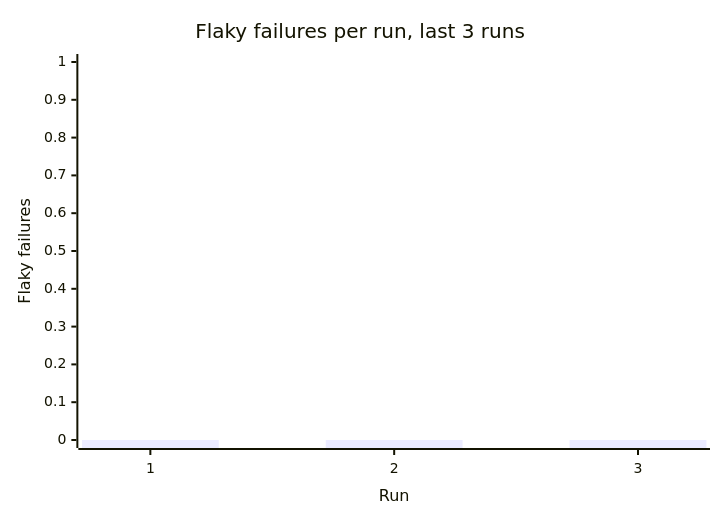
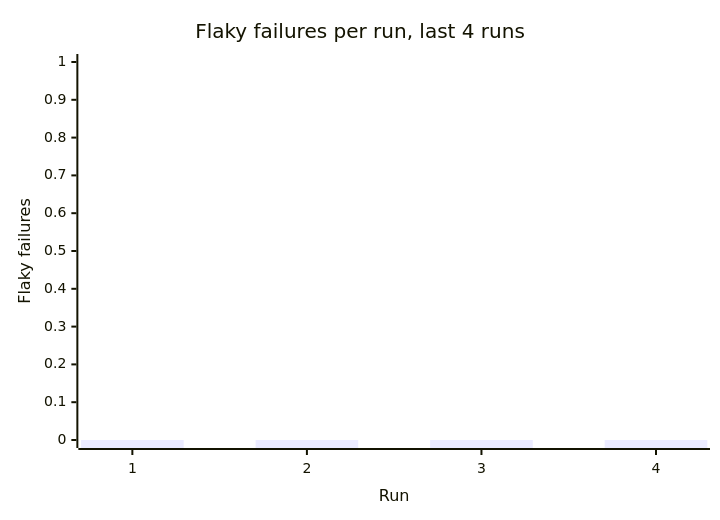
Before and after one commit to Shirojoufu/diorama-viewer: the second of 2 diagrams in reports/summary.md, drawn with Mermaid. The commit also changed other lines of this file and 5 other files, not shown here.

````diff
--- a/reports/summary.md
+++ b/reports/summary.md
@@ -36,7 +25,7 @@
 ```mermaid
 xychart-beta
-    title "Flaky failures per run, last 3 runs"
-    x-axis "Run" [1, 2, 3]
+    title "Flaky failures per run, last 4 runs"
+    x-axis "Run" [1, 2, 3, 4]
     y-axis "Flaky failures" 0 --> 1
-    bar [0, 0, 0]
+    bar [0, 0, 0, 0]
 ```
````
